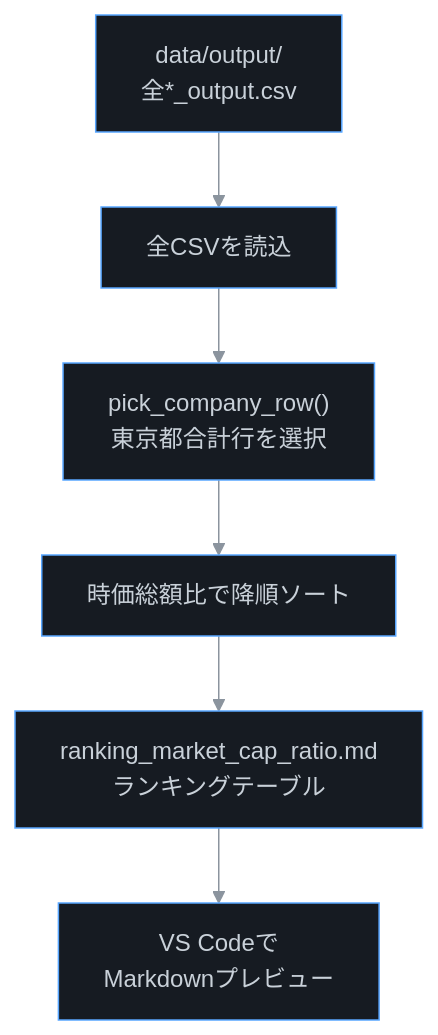
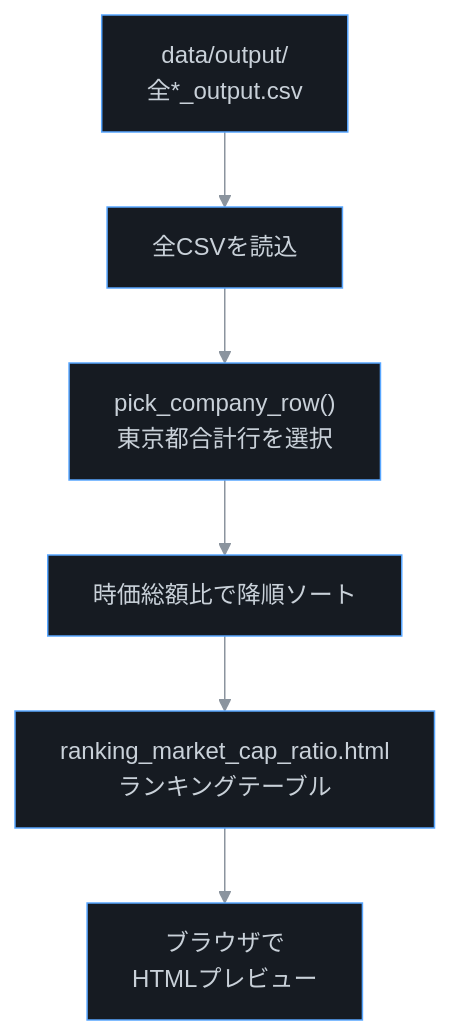
Before and after one commit to expgolemclone/land_value_research: the tenth of 12 diagrams in docs/ARCHITECTURE.md, drawn with Mermaid. The commit also changed other lines of this file and 3 other files, not shown here.

First line of the commit message:
Update cross-codebase references from MD to HTML ranking

````diff
--- a/docs/ARCHITECTURE.md
+++ b/docs/ARCHITECTURE.md
@@ -520,17 +520,17 @@
 ```mermaid
 %%{init: {"theme":"base","themeVariables":{"background":"#0d1117","primaryColor":"#161b22","primaryTextColor":"#c9d1d9","primaryBorderColor":"#58a6ff","secondaryColor":"#21262d","tertiaryColor":"#30363d","lineColor":"#8b949e","clusterBkg":"#0d1117","clusterBorder":"#30363d"}}}%%
 flowchart TD
     INPUT["data/output/<br>全*_output.csv"]
 
     LOAD["全CSVを読込"]
     PICK["pick_company_row()<br>東京都合計行を選択"]
     SORT["時価総額比で降順ソート"]
 
-    RANK_MD["ranking_market_cap_ratio.md<br>ランキングテーブル"]
-    VSCODE["VS Codeで<br>Markdownプレビュー"]
+    RANK_HTML["ranking_market_cap_ratio.html<br>ランキングテーブル"]
+    BROWSER["ブラウザで<br>HTMLプレビュー"]
 
     INPUT --> LOAD
     LOAD --> PICK --> SORT
-    SORT --> RANK_MD
-    RANK_MD --> VSCODE
+    SORT --> RANK_HTML
+    RANK_HTML --> BROWSER
 ```
````
